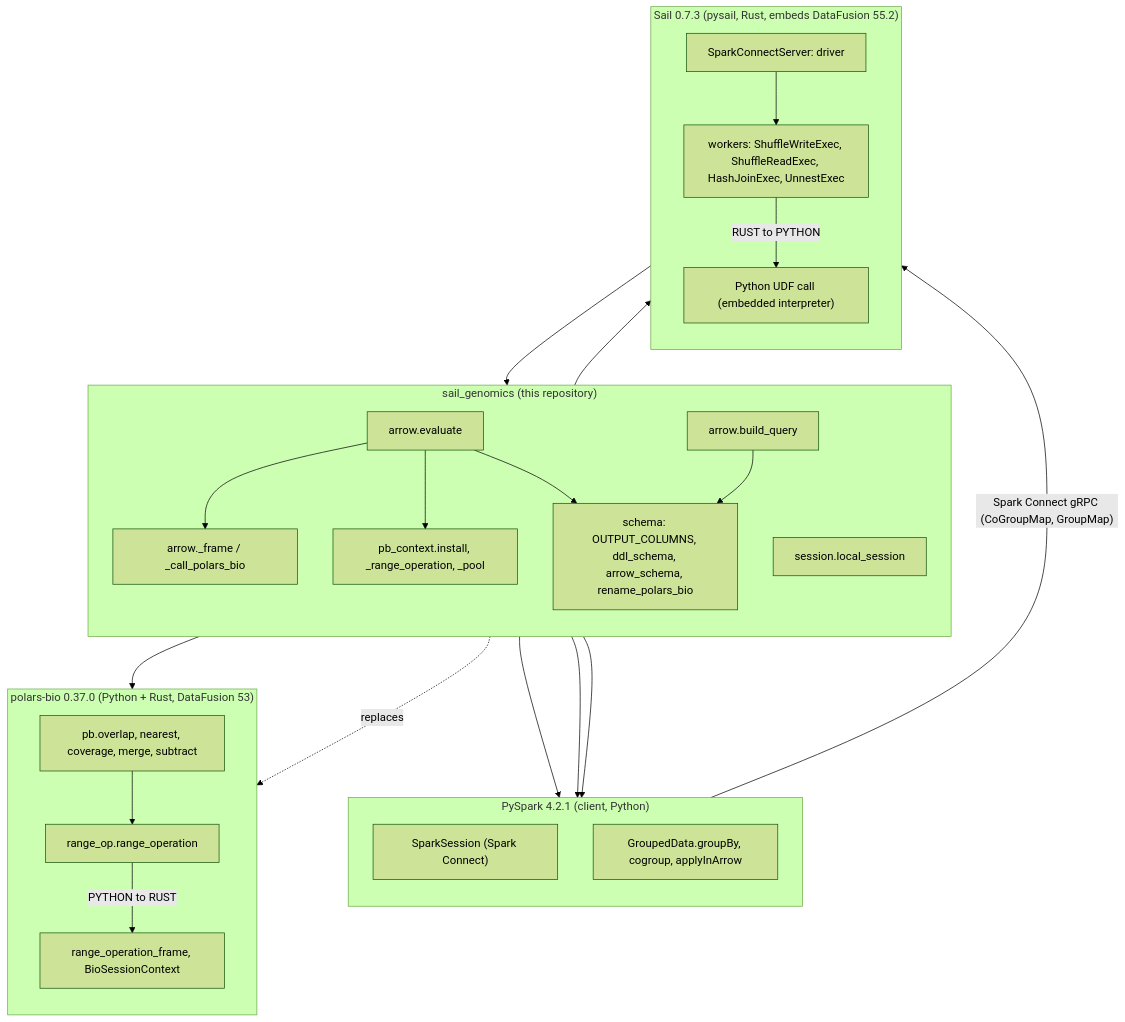
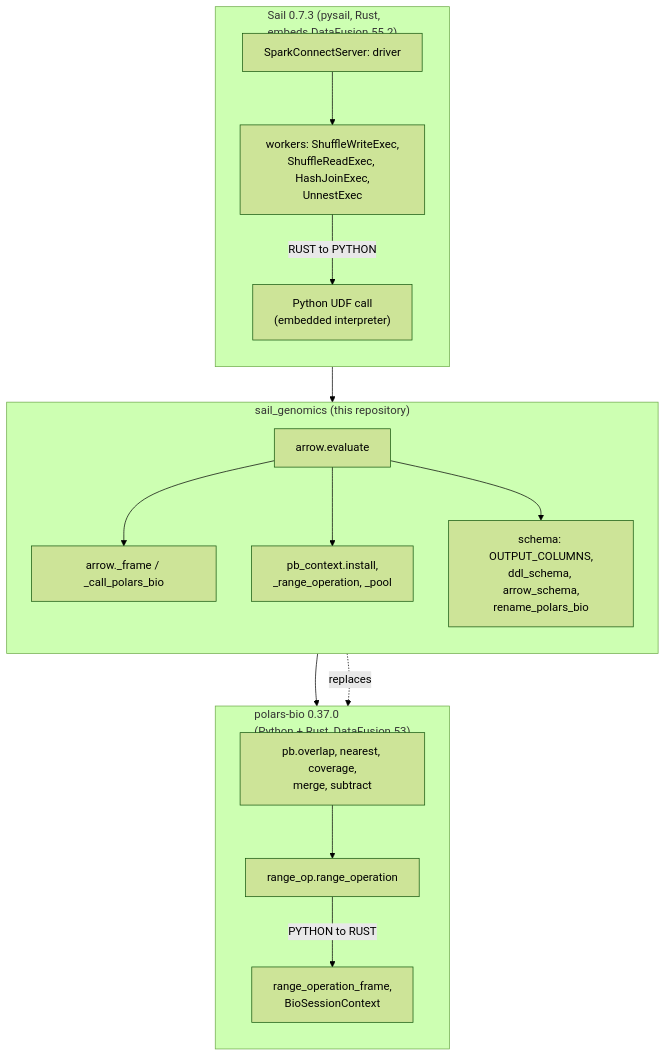
Before and after one commit to mkowalewski1282/distributed-polars-bio: the eighth of 8 diagrams in tools/split/overlay/sail-genomics/README.md, drawn with Mermaid (forest theme). The commit also changed other lines of this file, not shown here.

Commit message:
Etap 4: Sail README - komponenty w dwoch poziomach

````diff
--- a/tools/split/overlay/sail-genomics/README.md
+++ b/tools/split/overlay/sail-genomics/README.md
@@ -181,49 +247,35 @@
 ```mermaid
 flowchart TB
+    subgraph SAIL ["Sail 0.7.3 (pysail, Rust,<br/>embeds DataFusion 55.2)"]
+        direction TB
+        SRV["SparkConnectServer: driver"]
+        WRK["workers: ShuffleWriteExec,<br/>ShuffleReadExec, HashJoinExec,<br/>UnnestExec"]
+        PYU["Python UDF call<br/>(embedded interpreter)"]
+    end
+
     subgraph OURS ["sail_genomics (this repository)"]
         direction TB
-        BQ["arrow.build_query"]
         EV["arrow.evaluate"]
         FR["arrow._frame / _call_polars_bio"]
-        PBC["pb_context.install, _range_operation, _pool"]
-        SCH["schema: OUTPUT_COLUMNS, ddl_schema, arrow_schema, rename_polars_bio"]
-        SES["session.local_session"]
+        PBC["pb_context.install,<br/>_range_operation, _pool"]
+        SCH["schema: OUTPUT_COLUMNS,<br/>ddl_schema, arrow_schema,<br/>rename_polars_bio"]
     end
 
-    subgraph PYSPARK ["PySpark 4.2.1 (client, Python)"]
+    subgraph PB ["polars-bio 0.37.0<br/>(Python + Rust, DataFusion 53)"]
         direction TB
-        SS["SparkSession (Spark Connect)"]
-        GRP["GroupedData.groupBy, cogroup, applyInArrow"]
+        API["pb.overlap, nearest, coverage,<br/>merge, subtract"]
+        RO["range_op.range_operation"]
+        RUST["range_operation_frame,<br/>BioSessionContext"]
     end
 
-    subgraph SAIL ["Sail 0.7.3 (pysail, Rust, embeds DataFusion 55.2)"]
-        direction TB
-        SRV["SparkConnectServer: driver"]
-        WRK["workers: ShuffleWriteExec, ShuffleReadExec, HashJoinExec, UnnestExec"]
-        PYU["Python UDF call (embedded interpreter)"]
-    end
-
-    subgraph PB ["polars-bio 0.37.0 (Python + Rust, DataFusion 53)"]
-        direction TB
-        API["pb.overlap, nearest, coverage, merge, subtract"]
-        RO["range_op.range_operation"]
-        RUST["range_operation_frame, BioSessionContext"]
-    end
-
-    SES --> SRV
-    SES --> SS
-    BQ --> SS
-    BQ --> GRP
-    GRP -- "Spark Connect gRPC (CoGroupMap, GroupMap)" --> SRV
     SRV --> WRK
-    WRK -- "RUST to PYTHON" --> PYU
+    WRK -->|"RUST to PYTHON"| PYU
     PYU --> EV
     EV --> FR
+    EV --> PBC
+    EV --> SCH
     FR --> API
-    EV --> PBC
-    PBC -. "replaces" .-> RO
     API --> RO
-    RO -- "PYTHON to RUST" --> RUST
-    EV --> SCH
-    BQ --> SCH
+    PBC -.->|"replaces"| RO
+    RO -->|"PYTHON to RUST"| RUST
 ```
````
